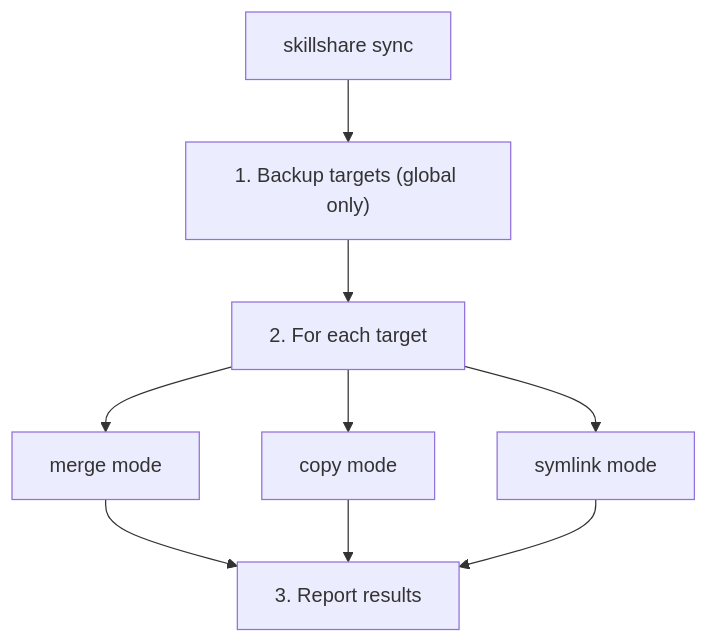
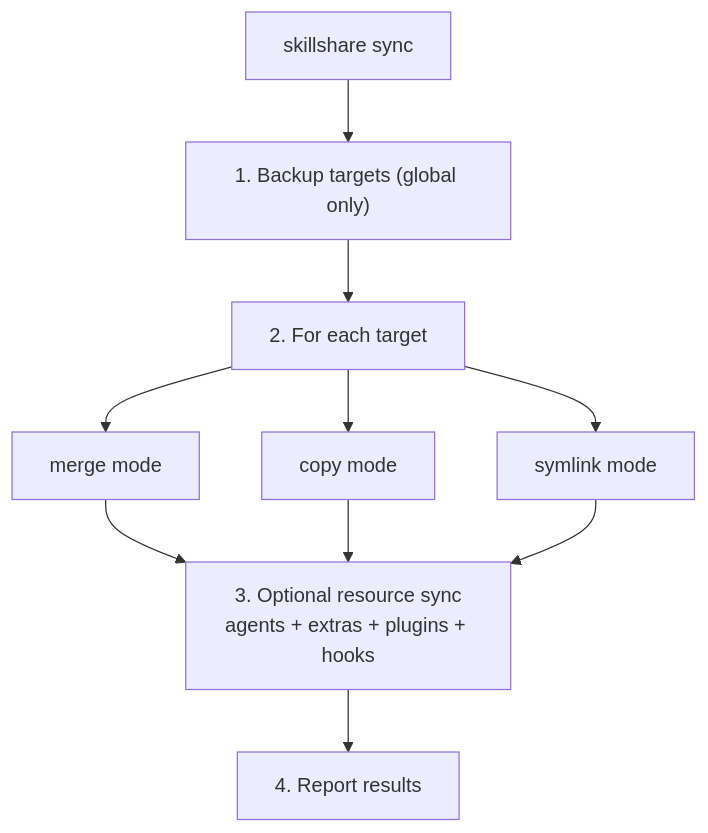
One commit to runkids/skillshare changed the second of 7 diagrams in website/docs/reference/commands/sync.md. Above: the diagram before and after it, drawn with Mermaid. The commit also changed other lines of this file and 43 other files, not shown here.

````diff
--- a/website/docs/reference/commands/sync.md
+++ b/website/docs/reference/commands/sync.md
@@ -156,14 +176,17 @@
 ```mermaid
 flowchart TD
     TITLE["skillshare sync"]
     S1["1. Backup targets (global only)"]
     S2["2. For each target"]
     MERGE["merge mode"]
     SYMLINK["symlink mode"]
-    S3["3. Report results"]
+    S3["3. Optional resource sync
+agents + extras + plugins + hooks"]
+    S4["4. Report results"]
     TITLE --> S1 --> S2
     COPY["copy mode"]
     S2 --> MERGE --> S3
     S2 --> COPY --> S3
     S2 --> SYMLINK --> S3
+    S3 --> S4
 ```
````
